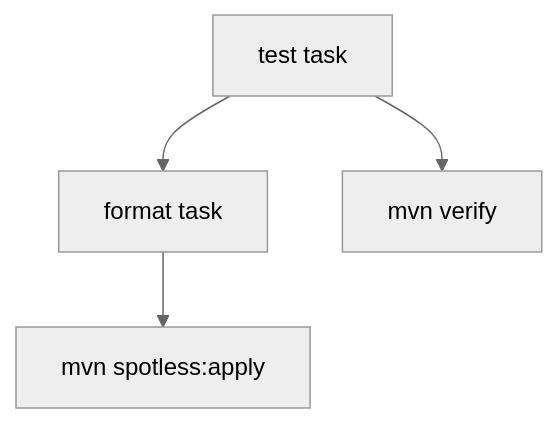
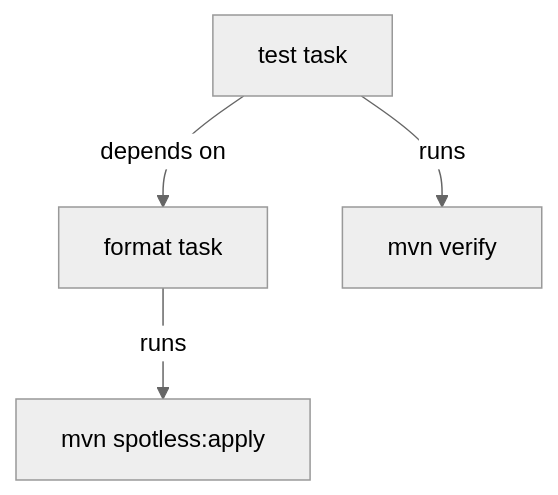
Before and after one commit to philipz/spring-modular-monolith: the first of 4 diagrams in docs/deepwiki/Code-Quality-and-Formatting.md, drawn with Mermaid (neutral theme). The commit also changed other lines of this file and 55 other files, not shown here.

````diff
--- a/docs/deepwiki/Code-Quality-and-Formatting.md
+++ b/docs/deepwiki/Code-Quality-and-Formatting.md
@@ -80,12 +80,12 @@
 ```mermaid
 flowchart TD
 
 test["test task"]
 format["format task"]
 verify["mvn verify"]
 spotless["mvn spotless:apply"]
 
-test --> format
-test --> verify
-format --> spotless
+test -->|"depends on"| format
+test -->|"runs"| verify
+format -->|"runs"| spotless
 ```
````
